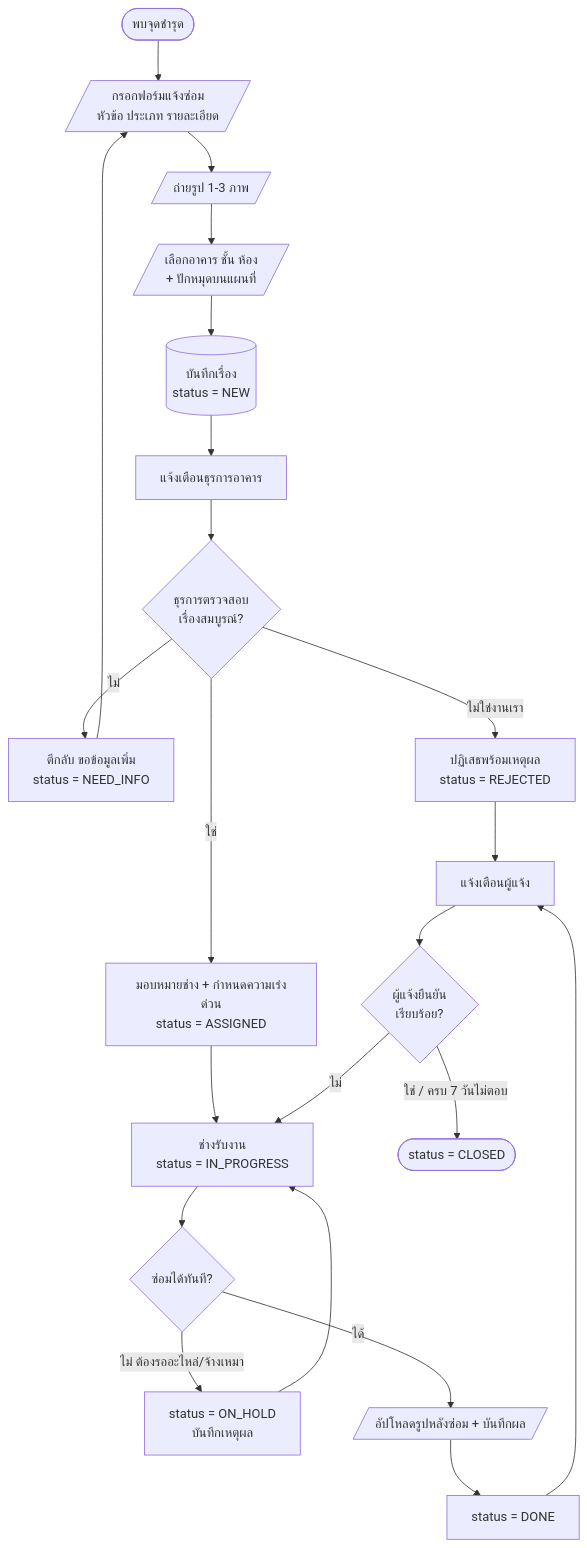
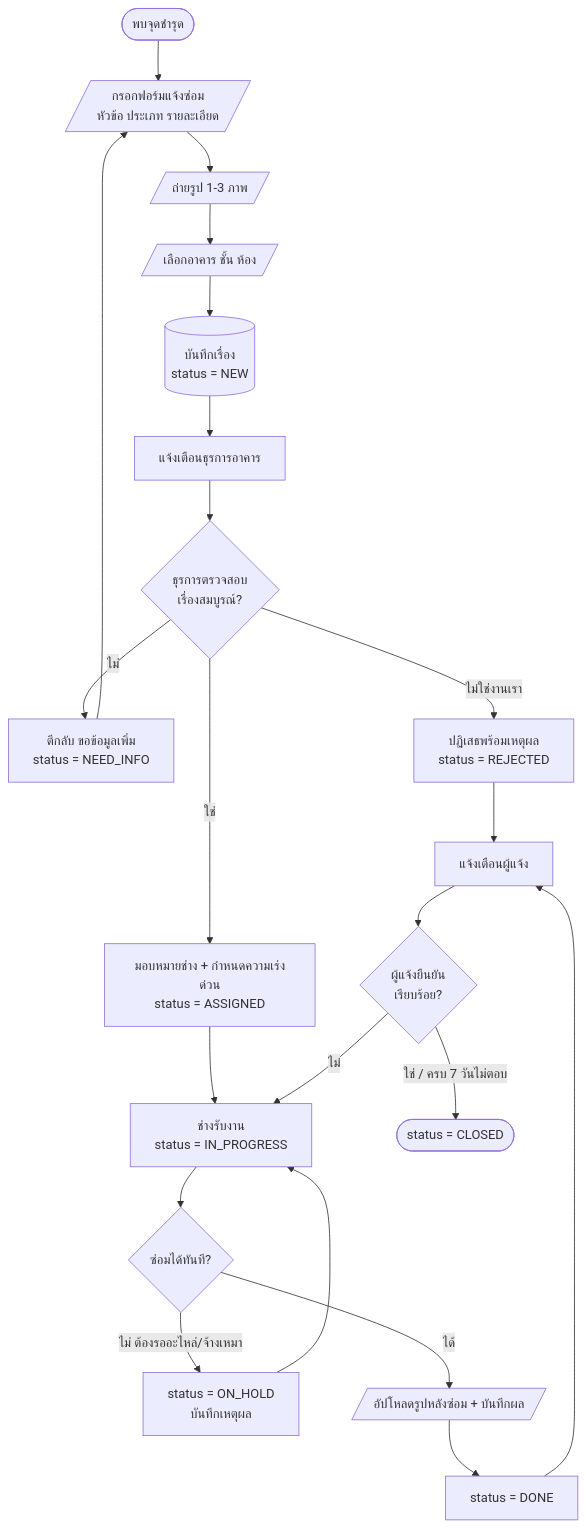
Before and after one commit to dookda/cmu_workshop_antigravity: the first of 3 diagrams in workshop-antigravity-facility-care.md, drawn with Mermaid. The commit also changed other lines of this file and 1 other file, not shown here.

````diff
--- a/workshop-antigravity-facility-care.md
+++ b/workshop-antigravity-facility-care.md
@@ -204,24 +204,24 @@
 ```mermaid
 flowchart TD
     A([พบจุดชำรุด]) --> B[/กรอกฟอร์มแจ้งซ่อม<br/>หัวข้อ ประเภท รายละเอียด/]
     B --> C[/ถ่ายรูป 1-3 ภาพ/]
-    C --> D[/เลือกอาคาร ชั้น ห้อง<br/>+ ปักหมุดบนแผนที่/]
+    C --> D[/เลือกอาคาร ชั้น ห้อง/]
     D --> E[(บันทึกเรื่อง<br/>status = NEW)]
     E --> F[แจ้งเตือนธุรการอาคาร]
     F --> G{ธุรการตรวจสอบ<br/>เรื่องสมบูรณ์?}
     G -- ไม่ --> H[ตีกลับ ขอข้อมูลเพิ่ม<br/>status = NEED_INFO]
     H --> B
     G -- ไม่ใช่งานเรา --> I[ปฏิเสธพร้อมเหตุผล<br/>status = REJECTED]
     G -- ใช่ --> J[มอบหมายช่าง + กำหนดความเร่งด่วน<br/>status = ASSIGNED]
     J --> K[ช่างรับงาน<br/>status = IN_PROGRESS]
     K --> L{ซ่อมได้ทันที?}
     L -- ไม่ ต้องรออะไหล่/จ้างเหมา --> M[status = ON_HOLD<br/>บันทึกเหตุผล]
     M --> K
     L -- ได้ --> N[/อัปโหลดรูปหลังซ่อม + บันทึกผล/]
     N --> O[status = DONE]
     O --> P[แจ้งเตือนผู้แจ้ง]
     P --> Q{ผู้แจ้งยืนยัน<br/>เรียบร้อย?}
     Q -- ไม่ --> K
     Q -- ใช่ / ครบ 7 วันไม่ตอบ --> R([status = CLOSED])
     I --> P
 ```
````
